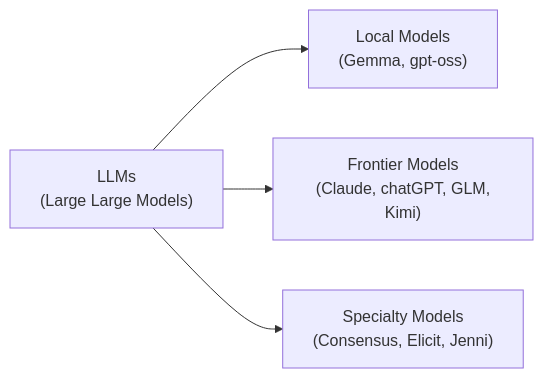
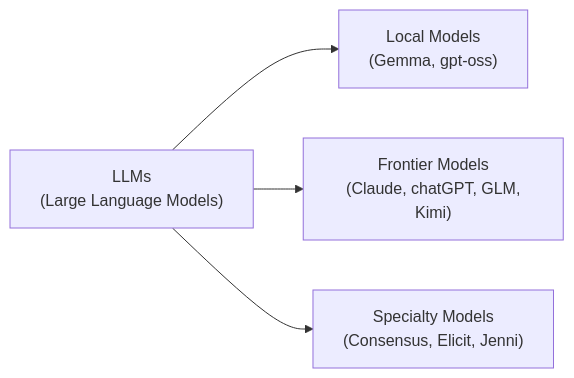
The second of 6 diagrams in module1.qmd (bfanson/2026_Workshops), drawn with Mermaid before and after one commit. The commit also changed other lines of this file and 3 other files, not shown here.

````diff
--- a/module1.qmd
+++ b/module1.qmd
@@ -154,12 +154,12 @@
 ```{mermaid}
 %%| label: fig-agent_cat
 %%| fig-cap: General categories of LLMs
 
 flowchart LR
 
-    LLM["LLMs<br>(Large Large Models)"]
+    LLM["LLMs<br>(Large Language Models)"]
     LLM --> Local["Local Models<br> (Gemma, gpt-oss)"]
     LLM --> FM["Frontier Models<br> (Claude, chatGPT, GLM, Kimi)"]
     LLM --> SP["Specialty Models<br> (Consensus, Elicit, Jenni)"]
 
 ```
````
